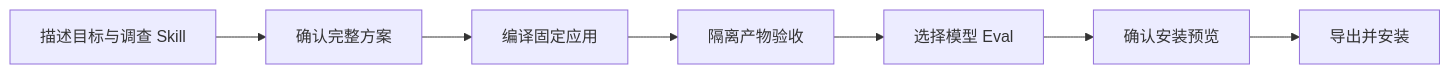
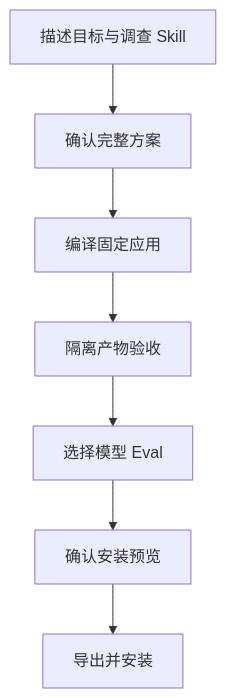
One commit to rpamis/comet-website-docs changed the diagram in zh/skill-creator/workflow.mdx. Above: the diagram before and after it, drawn with Mermaid. The commit also changed 1 other file, not shown here.

Commit message:
docs: enlarge Creator workflow diagram

````diff
--- a/zh/skill-creator/workflow.mdx
+++ b/zh/skill-creator/workflow.mdx
@@ -8,9 +8,9 @@
 ```mermaid
-flowchart LR
+flowchart TB
   A[描述目标与调查 Skill] --> B[确认完整方案]
   B --> C[编译固定应用]
   C --> D[隔离产物验收]
   D --> E[选择模型 Eval]
   E --> F[确认安装预览]
   F --> G[导出并安装]
 ```
````
